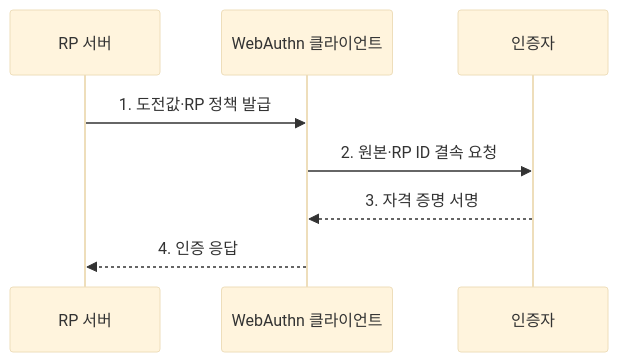
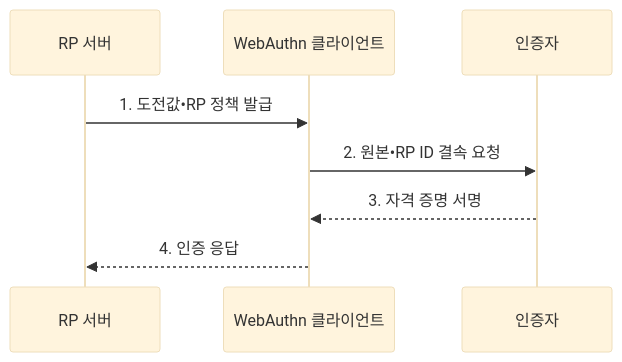
One commit to agnusdei1207/knowledge-base changed the second of 2 diagrams in src/content/docs/notes/05-security/055_fido2_webauthn.md. Above: the diagram before and after it, drawn with Mermaid (base theme). The commit also changed other lines of this file and 953 other files, not shown here.

````diff
--- a/src/content/docs/notes/05-security/055_fido2_webauthn.md
+++ b/src/content/docs/notes/05-security/055_fido2_webauthn.md
@@ -98,10 +98,10 @@
 ```mermaid
 sequenceDiagram
     participant R as RP 서버
     participant B as WebAuthn 클라이언트
     participant A as 인증자
-    R->>B: 1. 도전값·RP 정책 발급
-    B->>A: 2. 원본·RP ID 결속 요청
+    R->>B: 1. 도전값•RP 정책 발급
+    B->>A: 2. 원본•RP ID 결속 요청
     A-->>B: 3. 자격 증명 서명
     B-->>R: 4. 인증 응답
 ```
````
